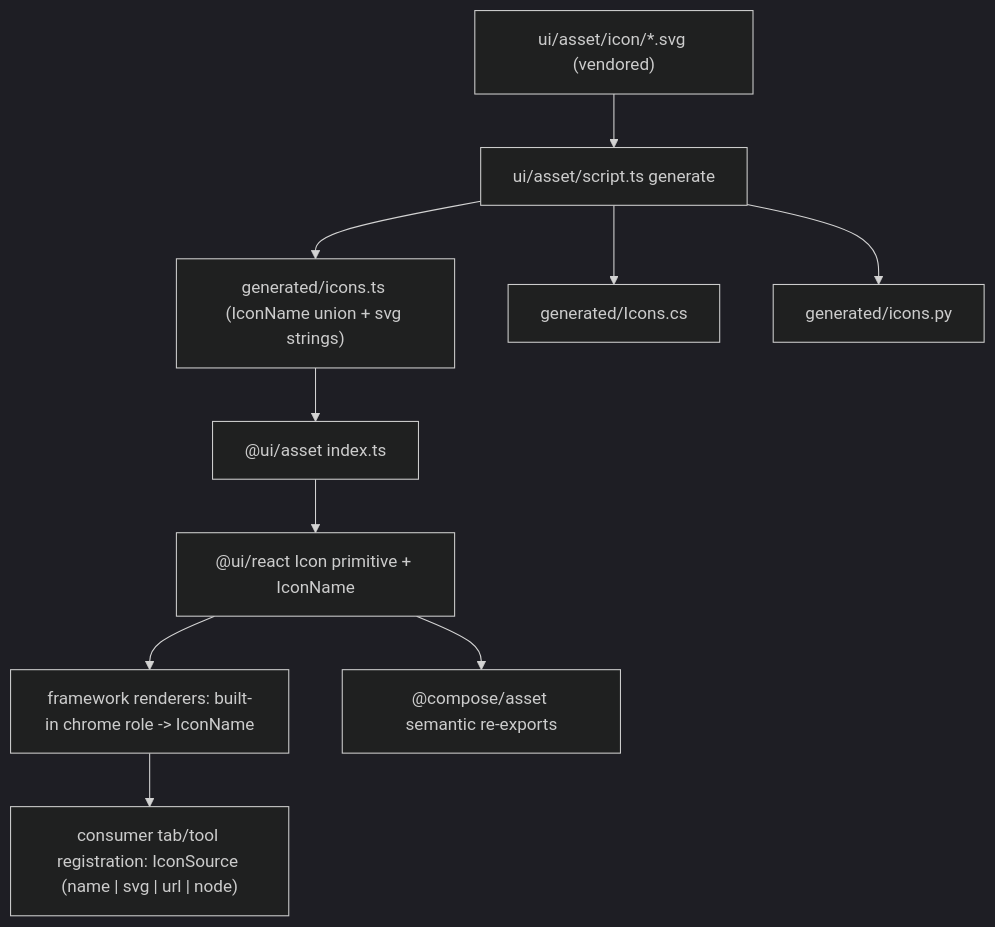
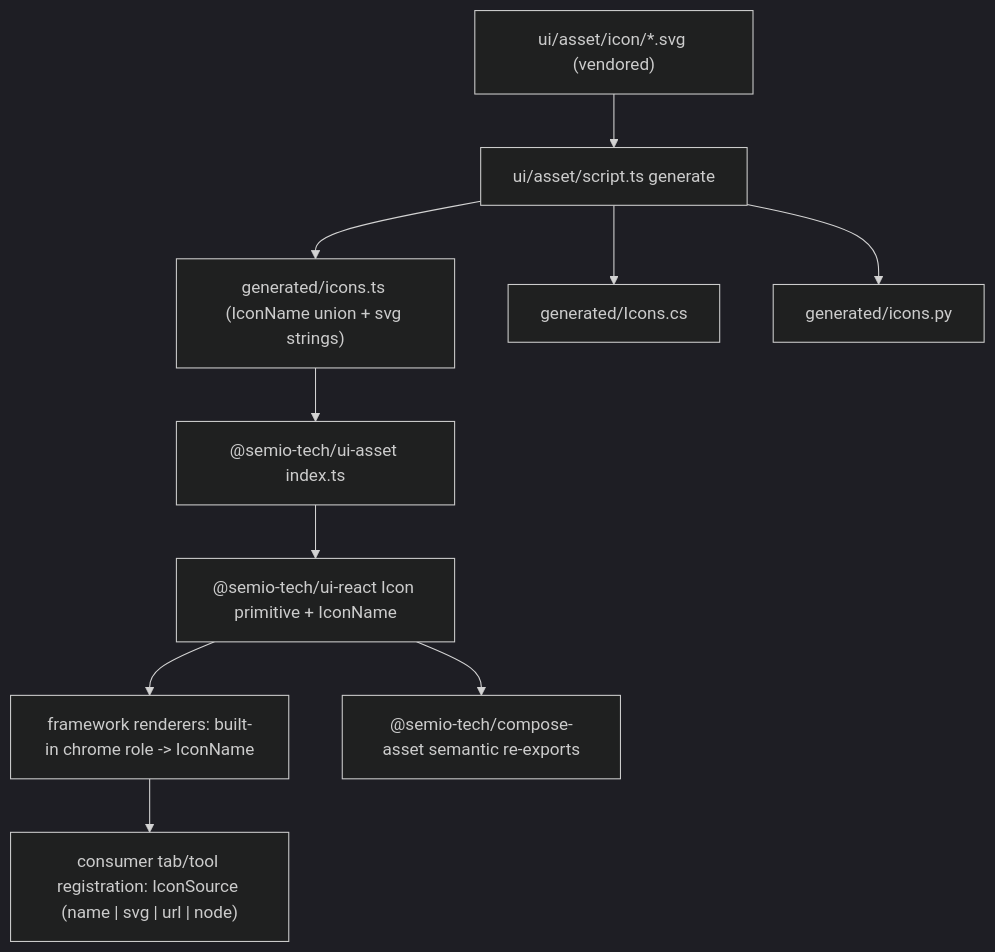
The diagram in .cursor/plans/framework_icon_interface_de631a59.plan.md (usalu/semio), drawn with Mermaid (dark theme) before and after one commit. The commit also changed other lines of this file and 1282 other files, not shown here.

````diff
--- a/.cursor/plans/framework_icon_interface_de631a59.plan.md
+++ b/.cursor/plans/framework_icon_interface_de631a59.plan.md
@@ -24,12 +24,12 @@
 ```mermaid
 flowchart TD
   svg["ui/asset/icon/*.svg (vendored)"] --> script["ui/asset/script.ts generate"]
   script --> js["generated/icons.ts (IconName union + svg strings)"]
   script --> net["generated/Icons.cs"]
   script --> py["generated/icons.py"]
-  js --> uiassets["@ui/asset index.ts"]
-  uiassets --> icon["@ui/react Icon primitive + IconName"]
+  js --> uiassets["@semio-tech/ui-asset index.ts"]
+  uiassets --> icon["@semio-tech/ui-react Icon primitive + IconName"]
   icon --> fw["framework renderers: built-in chrome role -> IconName"]
-  icon --> compose["@compose/asset semantic re-exports"]
+  icon --> compose["@semio-tech/compose-asset semantic re-exports"]
   fw --> consumer["consumer tab/tool registration: IconSource (name | svg | url | node)"]
 ```
````
